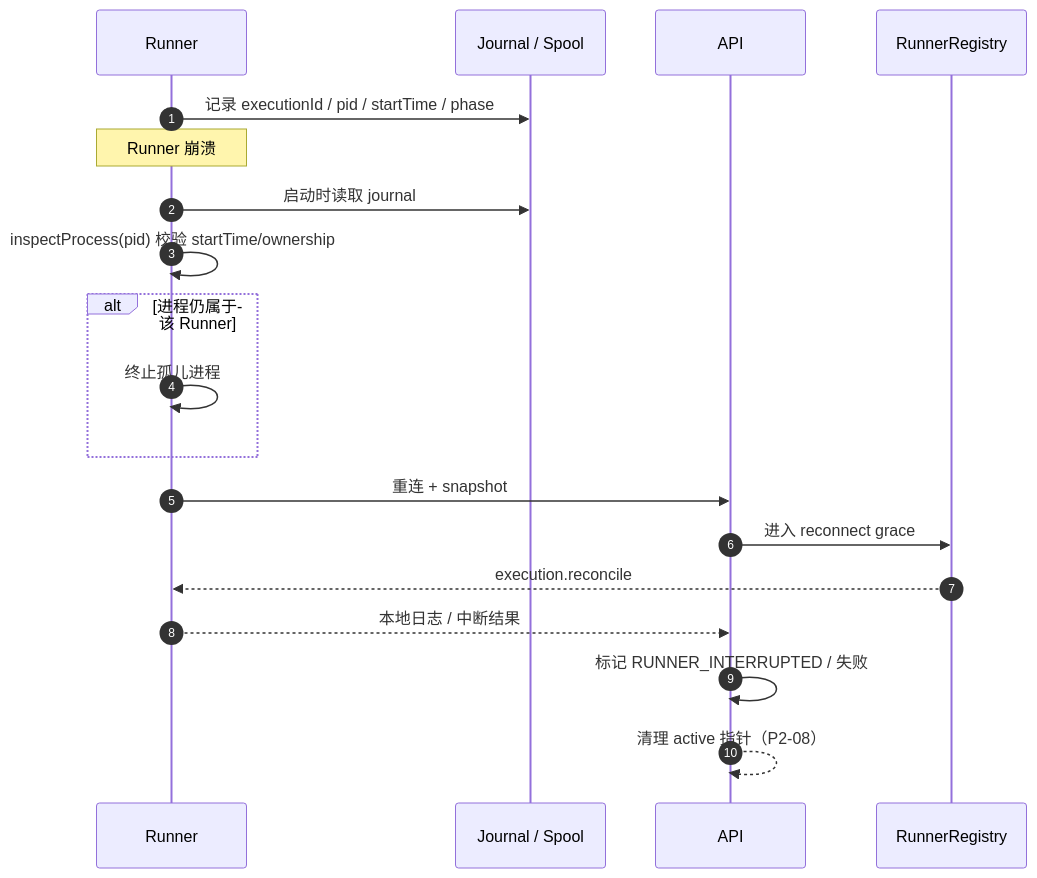
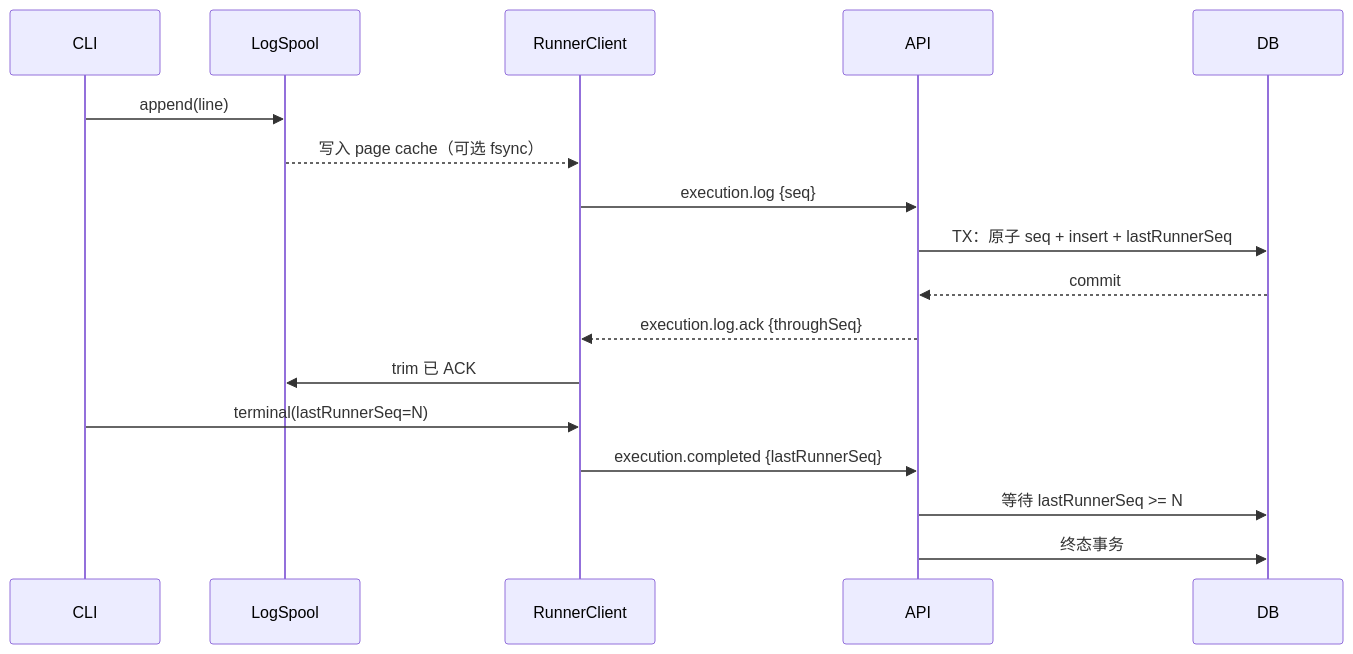
Before and after one commit to cloudyBird233/Haft: the seventh of 8 diagrams in docs/phase-2-technical-roadmap.md, drawn with Mermaid. The commit also changed other lines of this file, not shown here.

Commit message:
docs: finalize phase 2 architecture baseline and review resolution

````diff
--- a/docs/phase-2-technical-roadmap.md
+++ b/docs/phase-2-technical-roadmap.md
@@ -816,22 +953,19 @@
 ```mermaid
 sequenceDiagram
-  autonumber
-  participant R as Runner
-  participant J as Journal / Spool
-  participant A as API
-  participant RG as RunnerRegistry
-
-  R->>J: 记录 executionId / pid / startTime / phase
-  Note over R: Runner 崩溃
-  R->>J: 启动时读取 journal
-  R->>R: inspectProcess(pid) 校验 startTime/ownership
-  alt 进程仍属于该 Runner
-    R->>R: 终止孤儿进程
-  end
-  R->>A: 重连 + snapshot
-  A->>RG: 进入 reconnect grace
-  RG-->>R: execution.reconcile
-  R-->>A: 本地日志 / 中断结果
-  A->>A: 标记 RUNNER_INTERRUPTED / 失败
-  A-->>A: 清理 active 指针（P2-08）
+  participant CLI
+  participant Spool as LogSpool
+  participant RC as RunnerClient
+  participant API
+  participant DB
+  CLI->>Spool: append(line)
+  Spool-->>RC: 写入 page cache（可选 fsync）
+  RC->>API: execution.log {seq}
+  API->>DB: TX：原子 seq + insert + lastRunnerSeq
+  DB-->>API: commit
+  API-->>RC: execution.log.ack {throughSeq}
+  RC->>Spool: trim 已 ACK
+  CLI->>RC: terminal(lastRunnerSeq=N)
+  RC->>API: execution.completed {lastRunnerSeq}
+  API->>DB: 等待 lastRunnerSeq >= N
+  API->>DB: 终态事务
 ```
````
